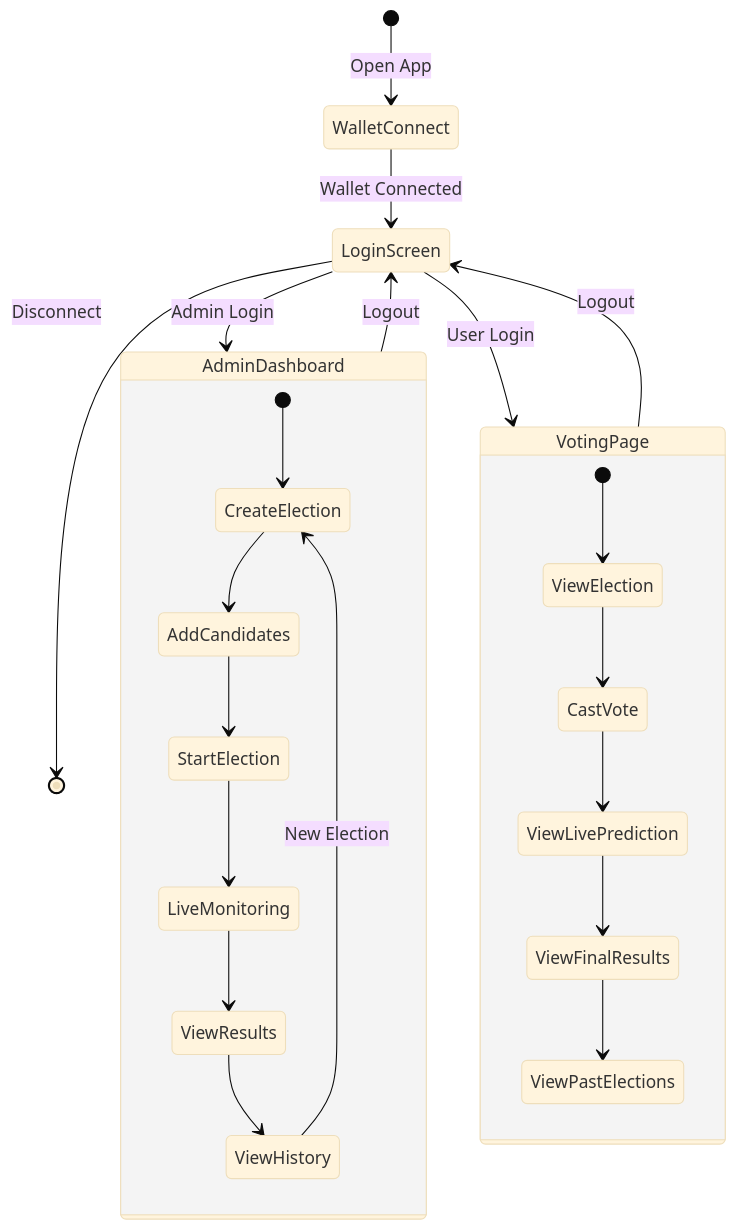
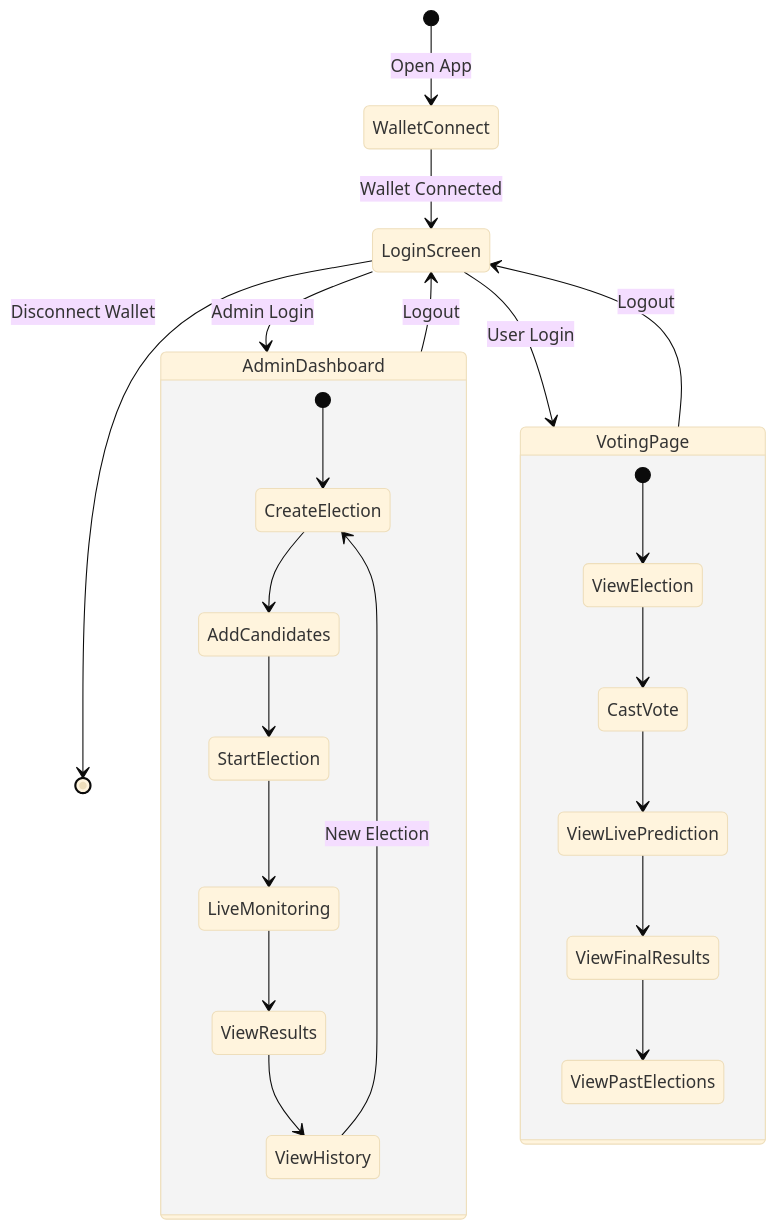
Before and after one commit to sivmsrma/E-voting-system-using-Block-Chain: the diagram in README.md, drawn with Mermaid (base theme). The commit also changed other lines of this file and 27 other files, not shown here.

````diff
--- a/README.md
+++ b/README.md
@@ -63,30 +138,30 @@
 ```mermaid
 stateDiagram-v2
     [*] --> WalletConnect: Open App
     WalletConnect --> LoginScreen: Wallet Connected
     
     LoginScreen --> AdminDashboard: Admin Login
     LoginScreen --> VotingPage: User Login
     
     state AdminDashboard {
         [*] --> CreateElection
         CreateElection --> AddCandidates
         AddCandidates --> StartElection
         StartElection --> LiveMonitoring
         LiveMonitoring --> ViewResults
         ViewResults --> ViewHistory
         ViewHistory --> CreateElection: New Election
     }
     
     state VotingPage {
         [*] --> ViewElection
         ViewElection --> CastVote
         CastVote --> ViewLivePrediction
         ViewLivePrediction --> ViewFinalResults
         ViewFinalResults --> ViewPastElections
     }
     
     AdminDashboard --> LoginScreen: Logout
     VotingPage --> LoginScreen: Logout
-    LoginScreen --> [*]: Disconnect
+    LoginScreen --> [*]: Disconnect Wallet
 ```
````
